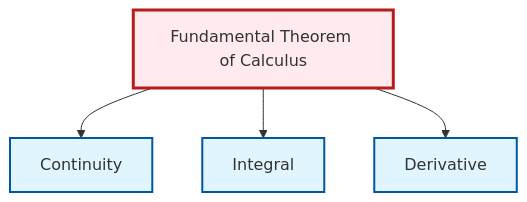
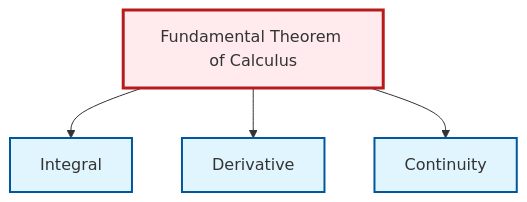
The diagram in output/mermaid/en/thm-fundamental-calculus.mermaid (RK0429/ModernMath), drawn with Mermaid before and after one commit. The commit also changed other lines of this file and 1710 other files, not shown here.

```diff
--- a/output/mermaid/en/thm-fundamental-calculus.mermaid
+++ b/output/mermaid/en/thm-fundamental-calculus.mermaid
@@ -1,14 +1,14 @@
 graph TD
     classDef definition fill:#e1f5fe,stroke:#01579b,stroke-width:2px
     classDef theorem fill:#f3e5f5,stroke:#4a148c,stroke-width:2px
     classDef axiom fill:#fff3e0,stroke:#e65100,stroke-width:2px
     classDef example fill:#e8f5e9,stroke:#1b5e20,stroke-width:2px
     classDef current fill:#ffebee,stroke:#b71c1c,stroke-width:3px
+    def-integral["Integral"]:::definition
+    thm-fundamental-calculus["Fundamental Theorem of Calculus"]:::theorem
+    def-continuity["Continuity"]:::definition
     def-derivative["Derivative"]:::definition
-    thm-fundamental-calculus["Fundamental Theorem of Calculus"]:::theorem
-    def-integral["Integral"]:::definition
-    def-continuity["Continuity"]:::definition
-    thm-fundamental-calculus --> def-continuity
     thm-fundamental-calculus --> def-integral
     thm-fundamental-calculus --> def-derivative
+    thm-fundamental-calculus --> def-continuity
     class thm-fundamental-calculus current
```
